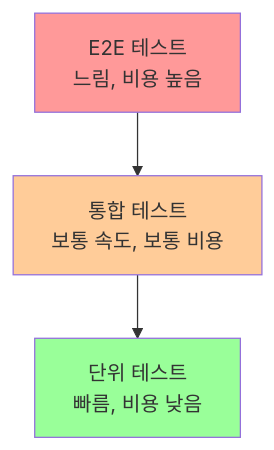
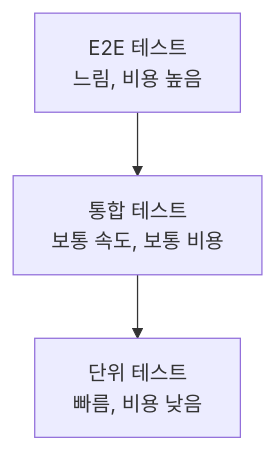
The diagram in content/collection/python/24_testing_debugging/index.md (42jerrykim/42jerrykim.github.io), drawn with Mermaid before and after one commit. The commit also changed other lines of this file and 40 other files, not shown here.

````diff
--- a/content/collection/python/24_testing_debugging/index.md
+++ b/content/collection/python/24_testing_debugging/index.md
@@ -22,9 +123,5 @@
 ```mermaid
 graph TB
-    A[E2E 테스트<br/>느림, 비용 높음] --> B[통합 테스트<br/>보통 속도, 보통 비용]
-    B --> C[단위 테스트<br/>빠름, 비용 낮음]
-    
-    style A fill:#ff9999
-    style B fill:#ffcc99  
-    style C fill:#99ff99
+    e2e["E2E 테스트</br>느림, 비용 높음"] --> integration["통합 테스트</br>보통 속도, 보통 비용"]
+    integration --> unit["단위 테스트</br>빠름, 비용 낮음"]
 ```
````
